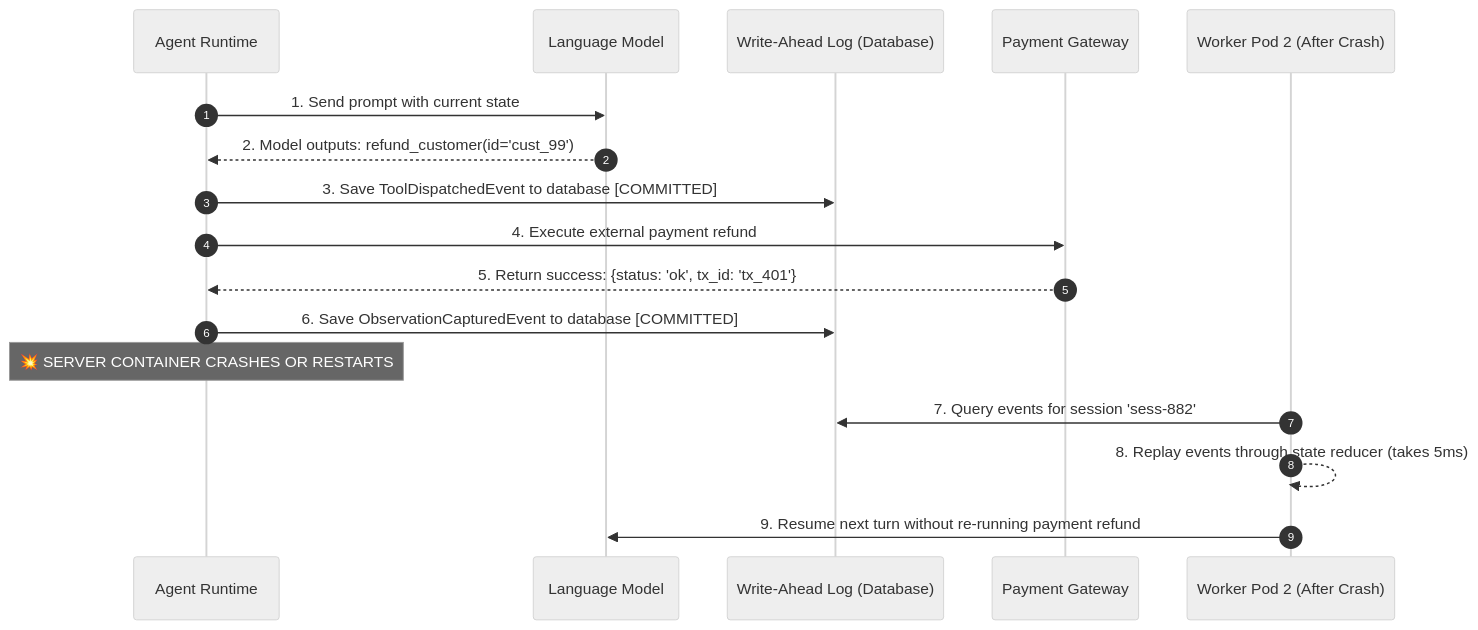
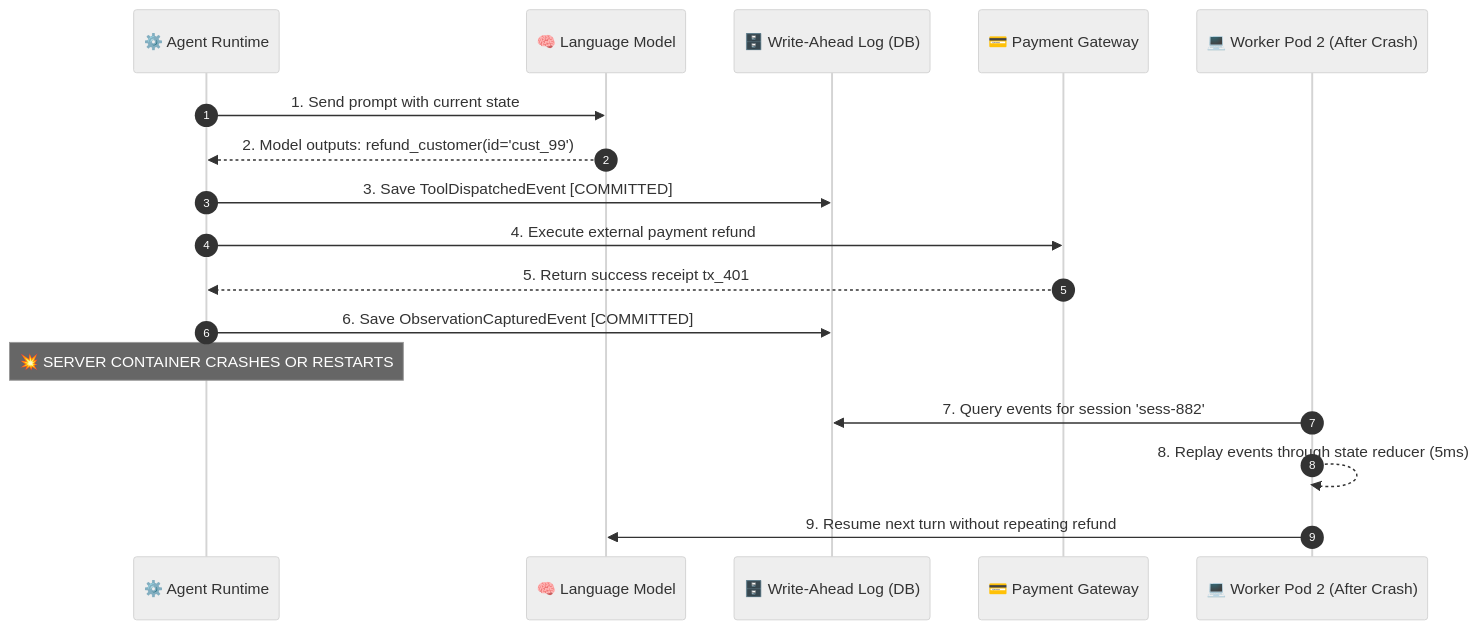
One commit to dip4k/senior-engineer-to-ai-engineer-roadmap changed the third of 6 diagrams in 04-agentic-systems-and-orchestration/03-stateful-sessions-and-durable-wal-persistence.md. Above: the diagram before and after it, drawn with Mermaid (neutral theme). The commit also changed other lines of this file and 94 other files, not shown here.

Commit message:
refactor(curriculum): complete Phase 04 upgrade and enforce diagram renderer invariants

````diff
--- a/04-agentic-systems-and-orchestration/03-stateful-sessions-and-durable-wal-persistence.md
+++ b/04-agentic-systems-and-orchestration/03-stateful-sessions-and-durable-wal-persistence.md
@@ -84,22 +98,22 @@
 ```mermaid
 sequenceDiagram
     autonumber
-    participant Runtime as Agent Runtime
-    participant LLM as Language Model
-    participant WAL as Write-Ahead Log (Database)
-    participant Tool as Payment Gateway
-    participant Worker2 as Worker Pod 2 (After Crash)
+    participant Runtime as ⚙️ Agent Runtime
+    participant LLM as 🧠 Language Model
+    participant WAL as 🗄️ Write-Ahead Log (DB)
+    participant Tool as 💳 Payment Gateway
+    participant Worker2 as 💻 Worker Pod 2 (After Crash)
 
     Runtime->>LLM: 1. Send prompt with current state
     LLM-->>Runtime: 2. Model outputs: refund_customer(id='cust_99')
-    Runtime->>WAL: 3. Save ToolDispatchedEvent to database [COMMITTED]
+    Runtime->>WAL: 3. Save ToolDispatchedEvent [COMMITTED]
     Runtime->>Tool: 4. Execute external payment refund
-    Tool-->>Runtime: 5. Return success: {status: 'ok', tx_id: 'tx_401'}
-    Runtime->>WAL: 6. Save ObservationCapturedEvent to database [COMMITTED]
+    Tool-->>Runtime: 5. Return success receipt tx_401
+    Runtime->>WAL: 6. Save ObservationCapturedEvent [COMMITTED]
     
     Note over Runtime: 💥 SERVER CONTAINER CRASHES OR RESTARTS
     
     Worker2->>WAL: 7. Query events for session 'sess-882'
-    Worker2-->>Worker2: 8. Replay events through state reducer (takes 5ms)
-    Worker2->>LLM: 9. Resume next turn without re-running payment refund
+    Worker2-->>Worker2: 8. Replay events through state reducer (5ms)
+    Worker2->>LLM: 9. Resume next turn without repeating refund
 ```
````
